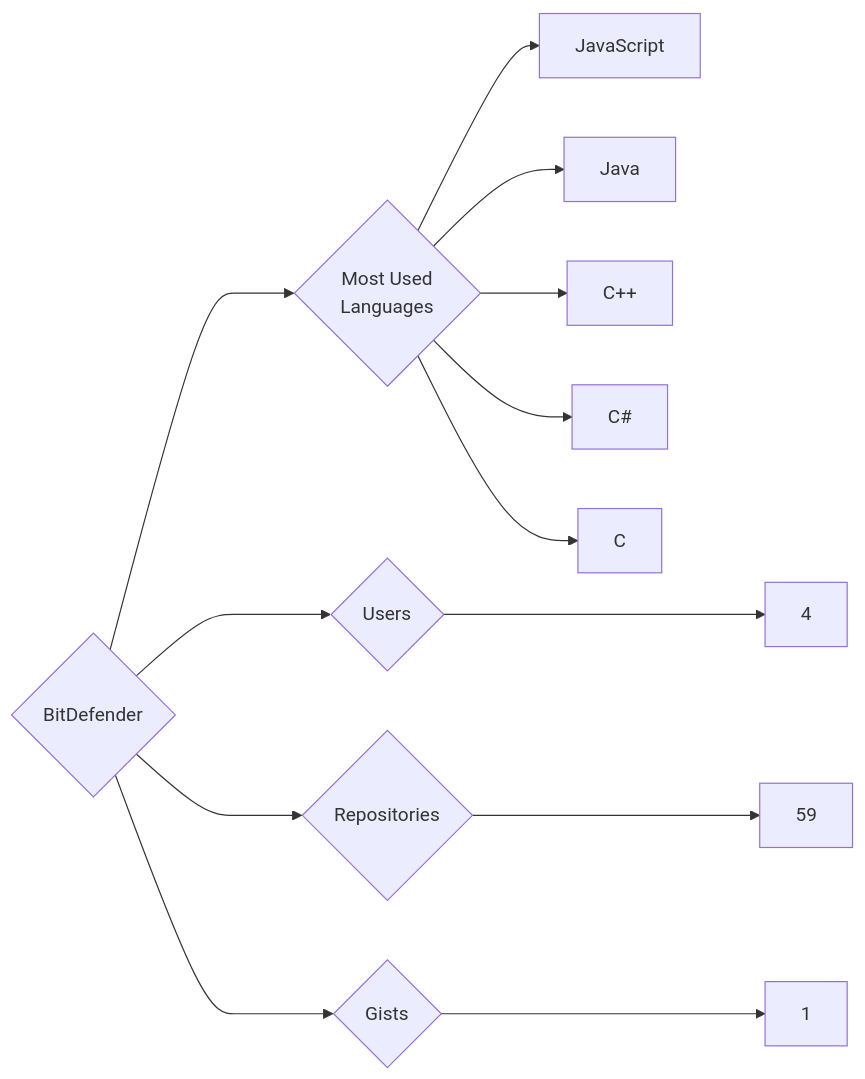
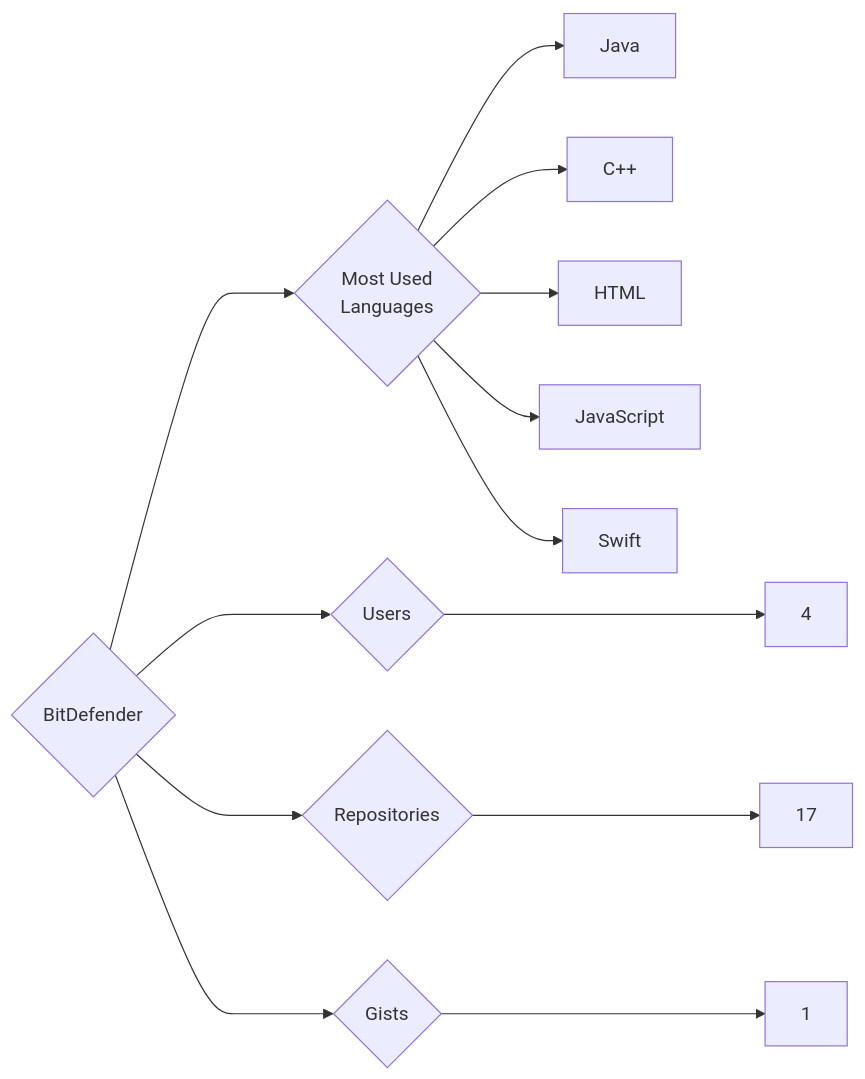
One commit to trickest/insiders changed the diagram in targets/BitDefender/README.md. Above: the diagram before and after it, drawn with Mermaid. The commit also changed 815 other files, not shown here.

````diff
--- a/targets/BitDefender/README.md
+++ b/targets/BitDefender/README.md
@@ -3,13 +3,13 @@
 ```mermaid
 graph LR
 COMPANY_NAME{BitDefender}
 COMPANY_NAME ---> U{Users} ---> UN[4]
-COMPANY_NAME ---> R{Repositories} ---> RN[59]
+COMPANY_NAME ---> R{Repositories} ---> RN[17]
 COMPANY_NAME ---> G{Gists} ---> GN[1]
 COMPANY_NAME ---> ML{Most Used<br>Languages}
-ML --> JavaScript[JavaScript]
 ML --> Java[Java]
 ML --> C++[C++]
-ML --> C#[C#]
-ML --> C[C]
+ML --> HTML[HTML]
+ML --> JavaScript[JavaScript]
+ML --> Swift[Swift]
 ```
````
